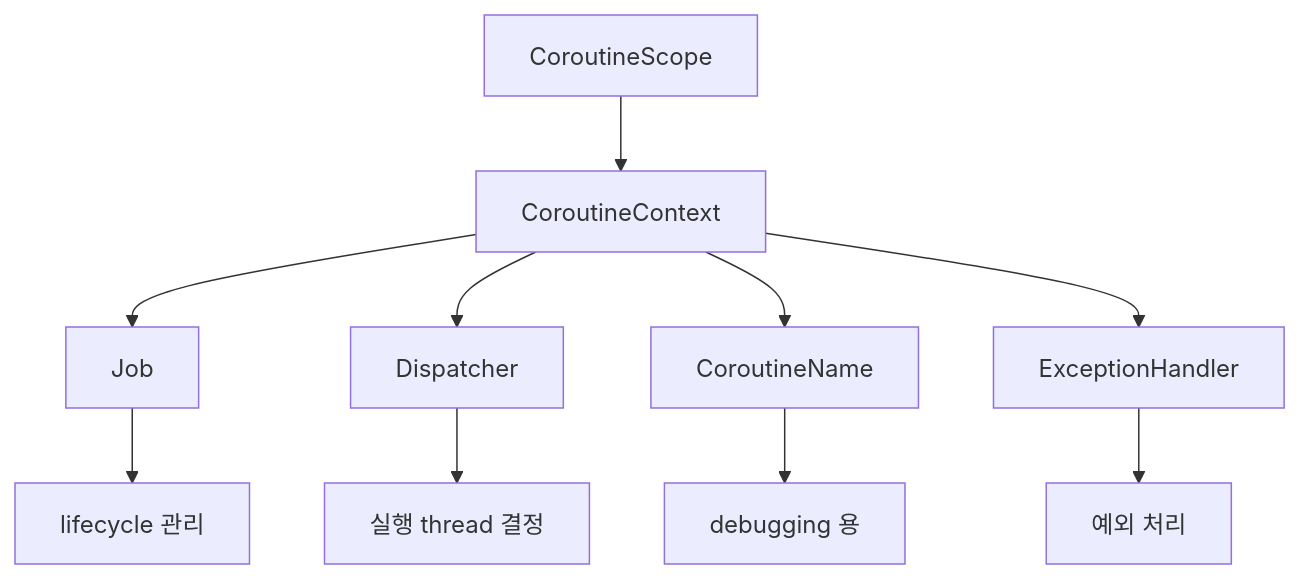
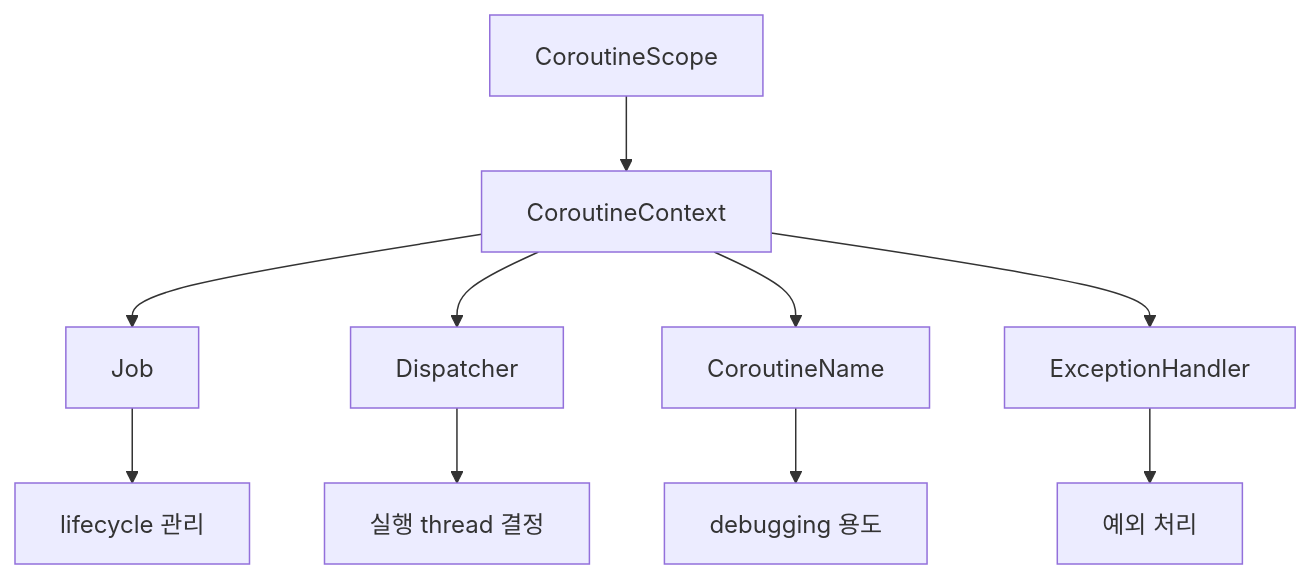
The first of 4 diagrams in collections/_notes/language/kotlin/coroutine/scope.md (choesimin/choesimin.github.io), drawn with Mermaid before and after one commit. The commit also changed other lines of this file and 2 other files, not shown here.

````diff
--- a/collections/_notes/language/kotlin/coroutine/scope.md
+++ b/collections/_notes/language/kotlin/coroutine/scope.md
@@ -48,17 +48,17 @@
 ```mermaid
 flowchart TD
     scope[CoroutineScope]
     context[CoroutineContext]
 
     scope --> context
 
     context --> job[Job]
     context --> dispatcher[Dispatcher]
     context --> name[CoroutineName]
     context --> handler[ExceptionHandler]
 
     job --> job_desc[lifecycle 관리]
     dispatcher --> dispatcher_desc[실행 thread 결정]
-    name --> name_desc[debugging 용]
+    name --> name_desc[debugging 용도]
     handler --> handler_desc[예외 처리]
 ```
````
